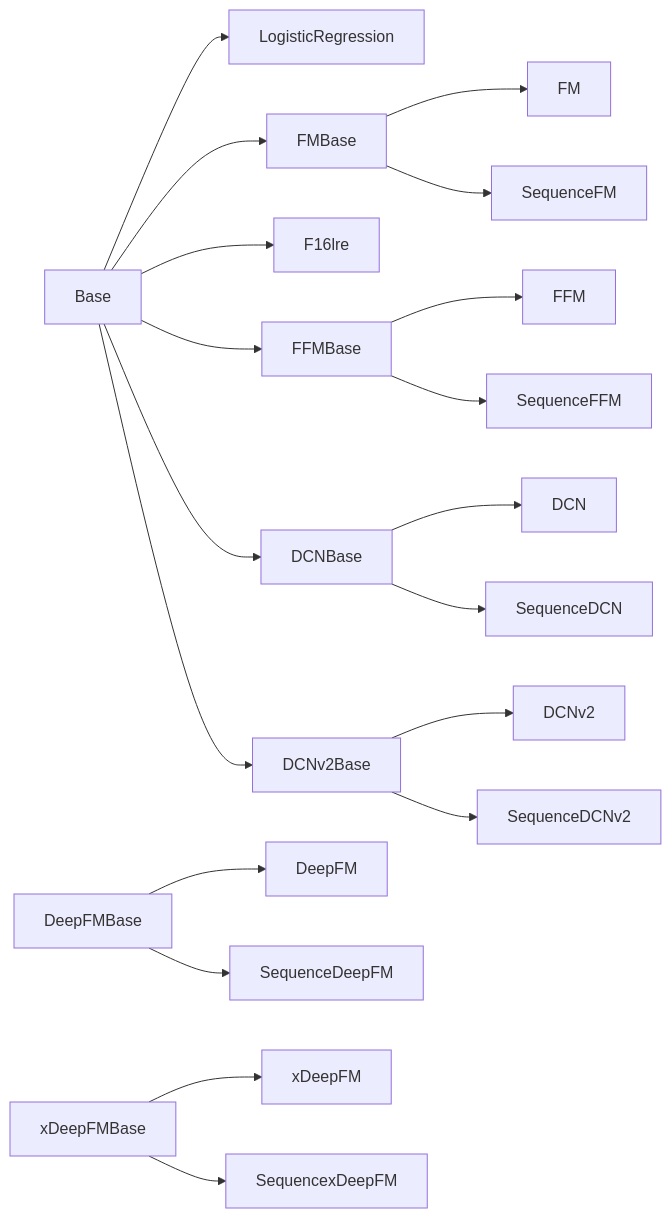
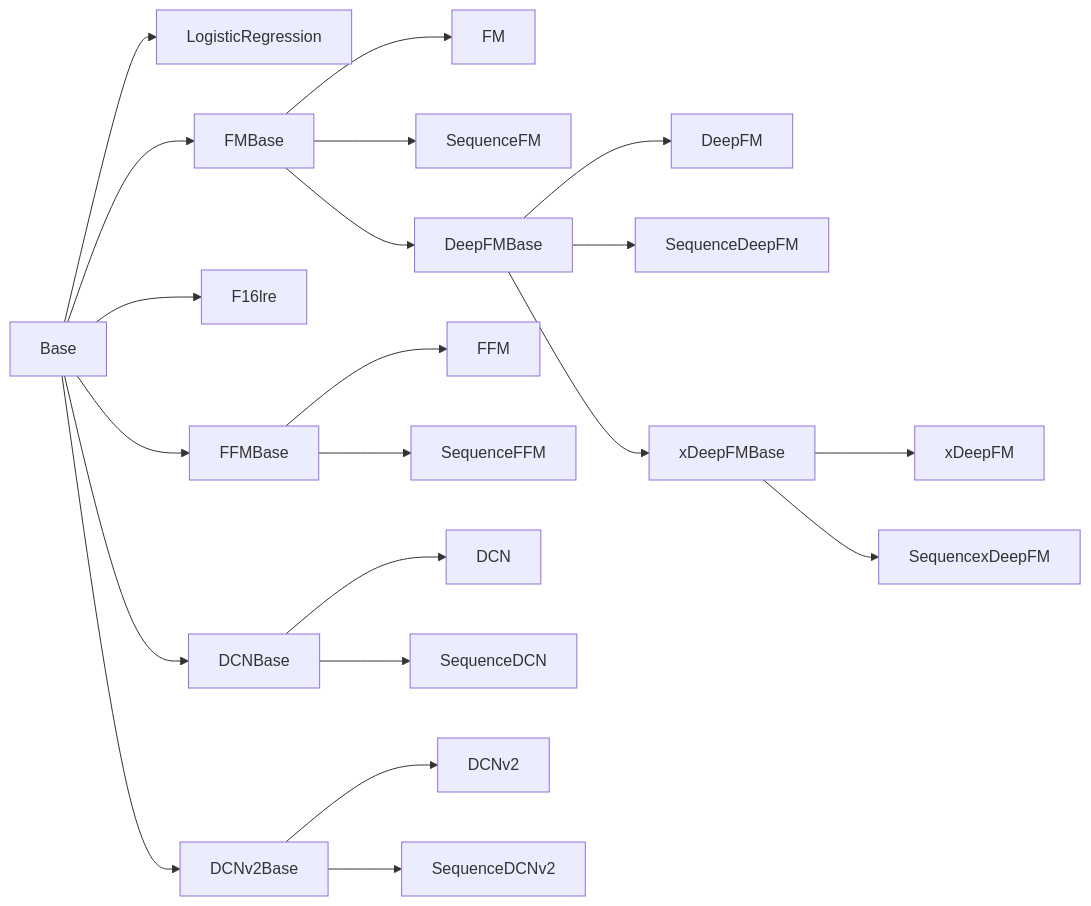
Before and after one commit to bohyunshin/toss-next-challenge-solution: the diagram in src/models/fm/README.md, drawn with Mermaid.

````diff
--- a/src/models/fm/README.md
+++ b/src/models/fm/README.md
@@ -7,27 +7,29 @@
 ```mermaid
 graph LR
     Base --> LogisticRegression
     Base --> FMBase
     Base --> F16lre
     Base --> FFMBase
     Base --> DCNBase
     Base --> DCNv2Base
     
     FMBase --> FM
     FMBase --> SequenceFM
+    FMBase --> DeepFMBase
     
     DeepFMBase --> DeepFM
     DeepFMBase --> SequenceDeepFM
+    DeepFMBase --> xDeepFMBase
+    
+    xDeepFMBase --> xDeepFM
+    xDeepFMBase --> SequencexDeepFM
     
     FFMBase --> FFM
     FFMBase --> SequenceFFM
-    
-    xDeepFMBase --> xDeepFM
-    xDeepFMBase --> SequencexDeepFM
     
     DCNBase --> DCN
     DCNBase --> SequenceDCN
     
     DCNv2Base --> DCNv2
     DCNv2Base --> SequenceDCNv2
 ```
````
